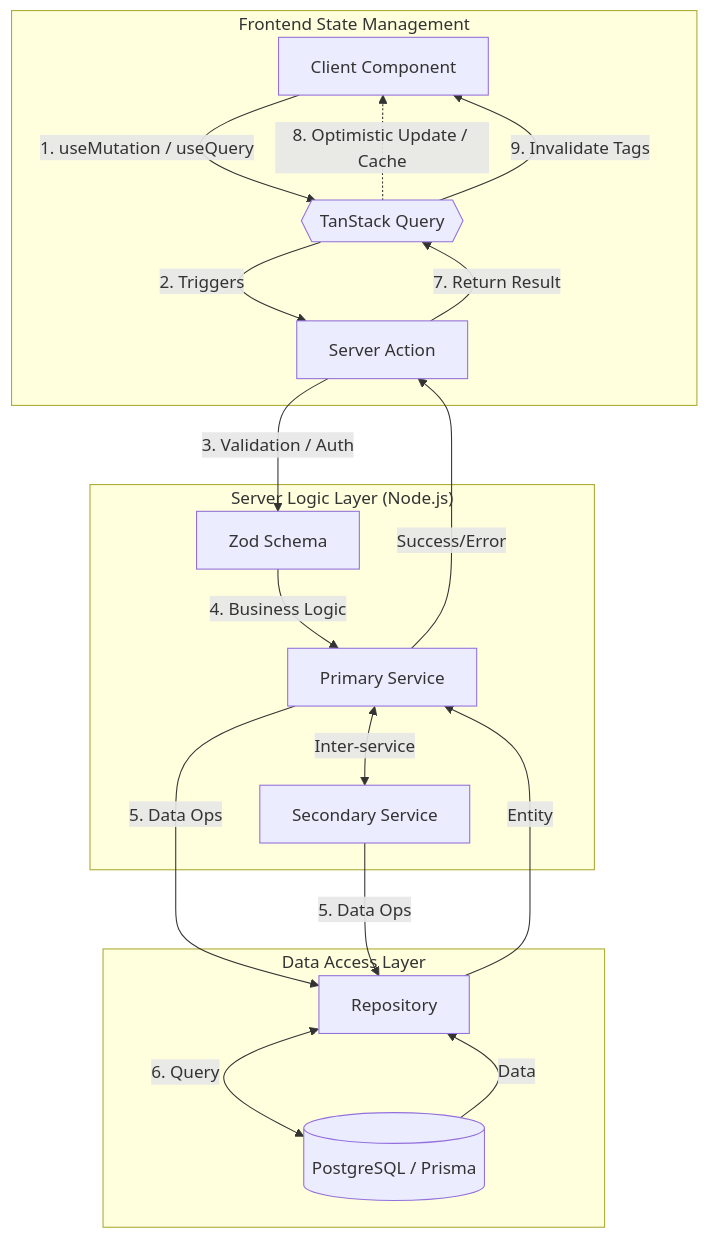
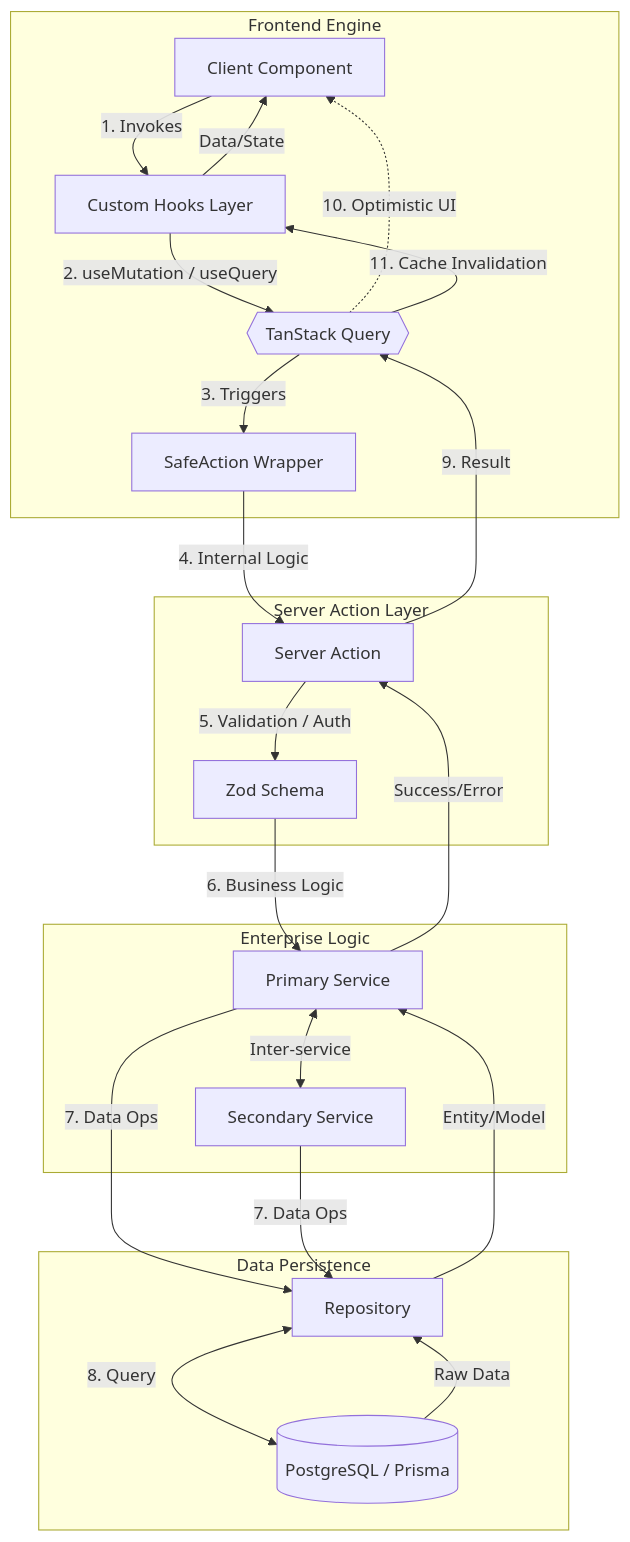
One commit to NinjaStackX/HQ_Store changed the diagram in README.md. Above: the diagram before and after it, drawn with Mermaid.

````diff
--- a/README.md
+++ b/README.md
@@ -82,27 +82,34 @@
 ```mermaid
+
 graph TD
-    A[Client Component] -->|1. useMutation / useQuery| B{{TanStack Query}}
+    A[Client Component] -->|1. Invokes| CH[Custom Hooks Layer]
     
-    subgraph "Frontend State Management"
-        B -->|2. Triggers| C[Server Action]
-        B -.->|8. Optimistic Update / Cache| A
+    subgraph "Frontend Engine"
+        CH -->|2. useMutation / useQuery| B{{TanStack Query}}
+        B -->|3. Triggers| SA[SafeAction Wrapper]
+        B -.->|10. Optimistic UI| A
     end
 
-    subgraph "Server Logic Layer (Node.js)"
-        C -->|3. Validation / Auth| D[Zod Schema]
-        D -->|4. Business Logic| E[Primary Service]
+    subgraph "Server Action Layer"
+        SA -->|4. Internal Logic| C[Server Action]
+        C -->|5. Validation / Auth| D[Zod Schema]
+    end
+
+    subgraph "Enterprise Logic"
+        D -->|6. Business Logic| E[Primary Service]
         E <-->|Inter-service| G[Secondary Service]
     end
 
-    subgraph "Data Access Layer"
-        E -->|5. Data Ops| H[Repository]
-        G -->|5. Data Ops| H
-        H <-->|6. Query| F[(PostgreSQL / Prisma)]
+    subgraph "Data Persistence"
+        E -->|7. Data Ops| H[Repository]
+        G -->|7. Data Ops| H
+        H <-->|8. Query| F[(PostgreSQL / Prisma)]
     end
 
-    F -->|Data| H
-    H -->|Entity| E
+    F -->|Raw Data| H
+    H -->|Entity/Model| E
     E -->|Success/Error| C
-    C -->|7. Return Result| B
-    B -->|9. Invalidate Tags| A
+    C -->|9. Result| B
+    B -->|11. Cache Invalidation| CH
+    CH -->|Data/State| A
 ```
````
